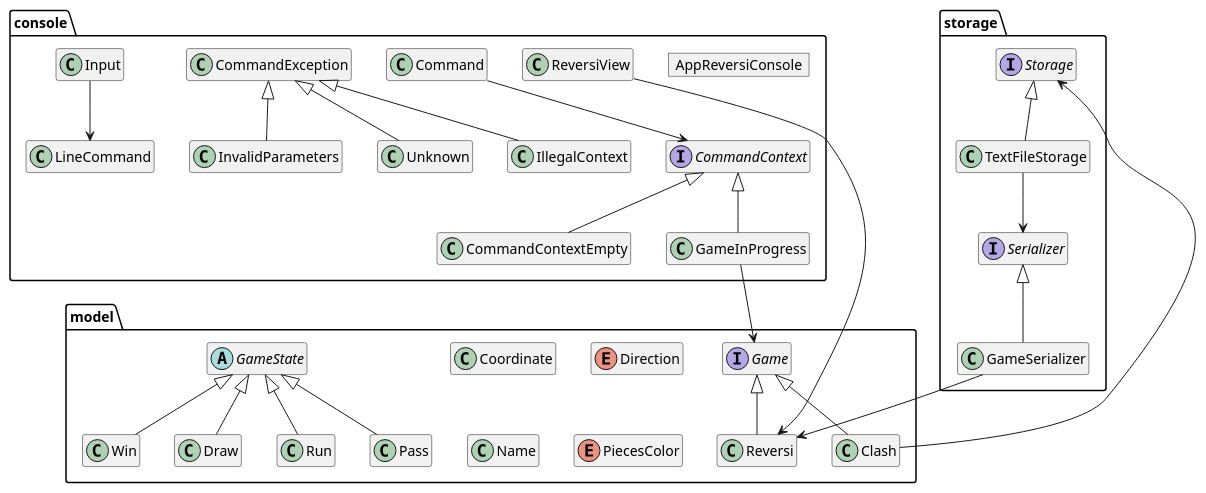
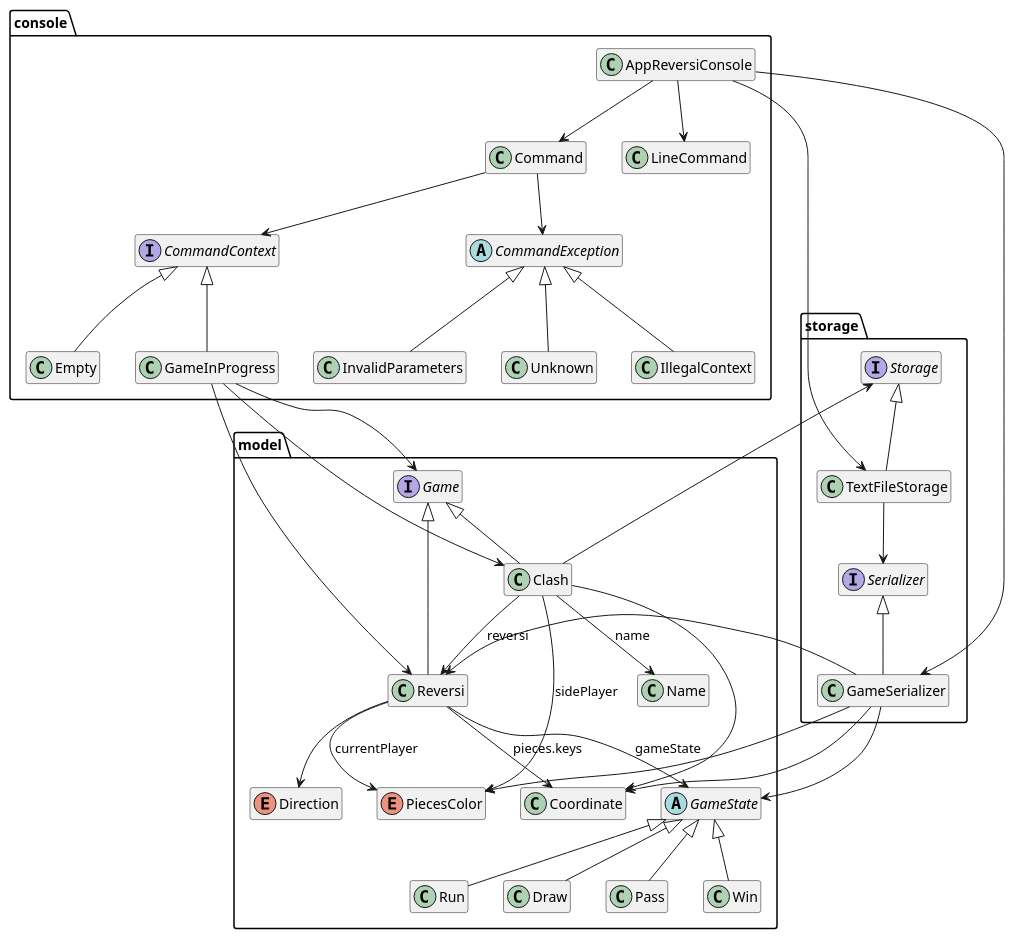
The diagram in docs/ModelTypes.puml (gbf96/Reversi_Game), drawn with PlantUML before and after one commit. The commit also changed 16 other files, not shown here.

```diff
--- a/docs/ModelTypes.puml
+++ b/docs/ModelTypes.puml
@@ -1,66 +1,88 @@
 @startuml
 ' https://plantuml.com/class-diagram
 hide empty members
-package console {
-  object AppReversiConsole
-  class Command
-  interface CommandContext
-  class CommandContextEmpty
-  class GameInProgress
-  class CommandException
-  class InvalidParameters
-  class Unknown
-  class IllegalContext
-  class ReversiView
-  class Input
-  class LineCommand
-
-  CommandContext <|-- CommandContextEmpty
-  CommandContext <|-- GameInProgress
-  CommandException <|-- InvalidParameters
-  CommandException <|-- Unknown
-  CommandException <|-- IllegalContext
-}
-
 package model {
   interface Game
   class Reversi
   class Clash
   class Coordinate
   enum Direction
+  enum PiecesColor
   class Name
-  enum PiecesColor
-
   abstract class GameState
+  class Run
+  class Draw
+  class Pass
   class Win
-  class Draw
-  class Run
-  class Pass
 
   Game <|-- Reversi
   Game <|-- Clash
+
+  GameState <|-- Run
+  GameState <|-- Draw
+  GameState <|-- Pass
   GameState <|-- Win
-  GameState <|-- Draw
-  GameState <|-- Run
-  GameState <|-- Pass
+
+
+  Reversi --> PiecesColor : currentPlayer
+  Reversi --> GameState   : gameState
+  Reversi --> Coordinate  : pieces.keys
+  Reversi --> Direction
+
+  Clash --> Reversi     : reversi
+  Clash --> Name        : name
+  Clash --> PiecesColor : sidePlayer
+  Clash --> Coordinate
 }
 
 package storage {
   interface Storage
   interface Serializer
   class TextFileStorage
   class GameSerializer
 
+  TextFileStorage --> Serializer
+  GameSerializer --> model.Reversi
+  GameSerializer --> model.Coordinate
+  GameSerializer --> model.PiecesColor
+  GameSerializer --> model.GameState
   Storage <|-- TextFileStorage
   Serializer <|-- GameSerializer
 }
 
-console.GameInProgress --> model.Game
-console.Command --> console.CommandContext
-console.ReversiView --> model.Reversi
-console.Input --> console.LineCommand
+package console {
+  class Command
+  interface CommandContext
+  class Empty
+  class GameInProgress
+  abstract class CommandException
+  class InvalidParameters
+  class Unknown
+  class IllegalContext
+  class AppReversiConsole
+  class LineCommand
 
-model.Clash --> storage.Storage
-storage.GameSerializer --> model.Reversi
-storage.TextFileStorage --> storage.Serializer
+  CommandContext <|-- Empty
+  CommandContext <|-- GameInProgress
+
+  CommandException <|-- InvalidParameters
+  CommandException <|-- Unknown
+  CommandException <|-- IllegalContext
+}
+
+AppReversiConsole --> Command
+AppReversiConsole --> LineCommand
+AppReversiConsole --> TextFileStorage
+AppReversiConsole --> GameSerializer
+
+Command --> CommandContext
+Command --> CommandException
+
+GameInProgress --> Game
+GameInProgress --> Clash
+GameInProgress --> Reversi
+
+Clash --> Storage
+
+
 @enduml
```
